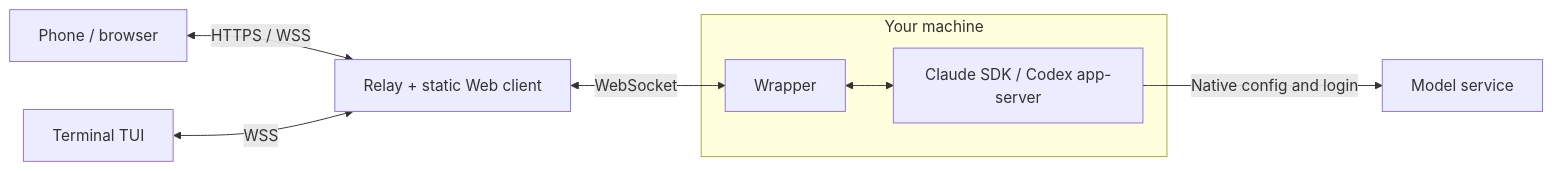
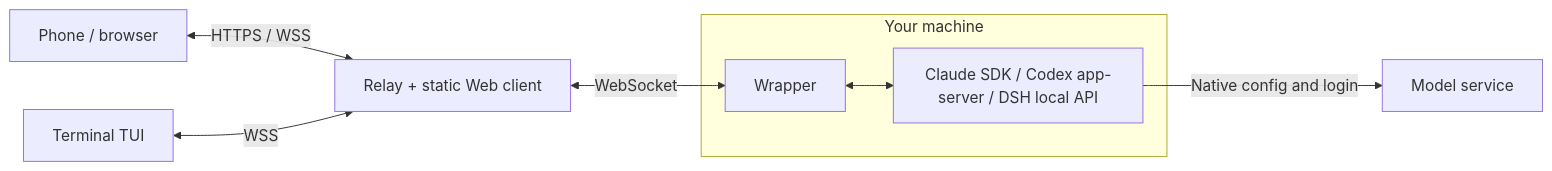
Before and after one commit to TroyMitchell911/cc-remote: the diagram in README_en.md, drawn with Mermaid. The commit also changed other lines of this file and 22 other files, not shown here.

````diff
--- a/README_en.md
+++ b/README_en.md
@@ -205,10 +228,10 @@
 ```mermaid
 flowchart LR
   browser["Phone / browser"] <-->|HTTPS / WSS| relay["Relay + static Web client"]
   terminal["Terminal TUI"] <-->|WSS| relay
   subgraph device["Your machine"]
-    wrapper["Wrapper"] <--> engine["Claude SDK / Codex app-server"]
+    wrapper["Wrapper"] <--> engine["Claude SDK / Codex app-server / DSH local API"]
   end
   relay <-->|WebSocket| wrapper
   engine -->|Native config and login| model["Model service"]
 ```
````
